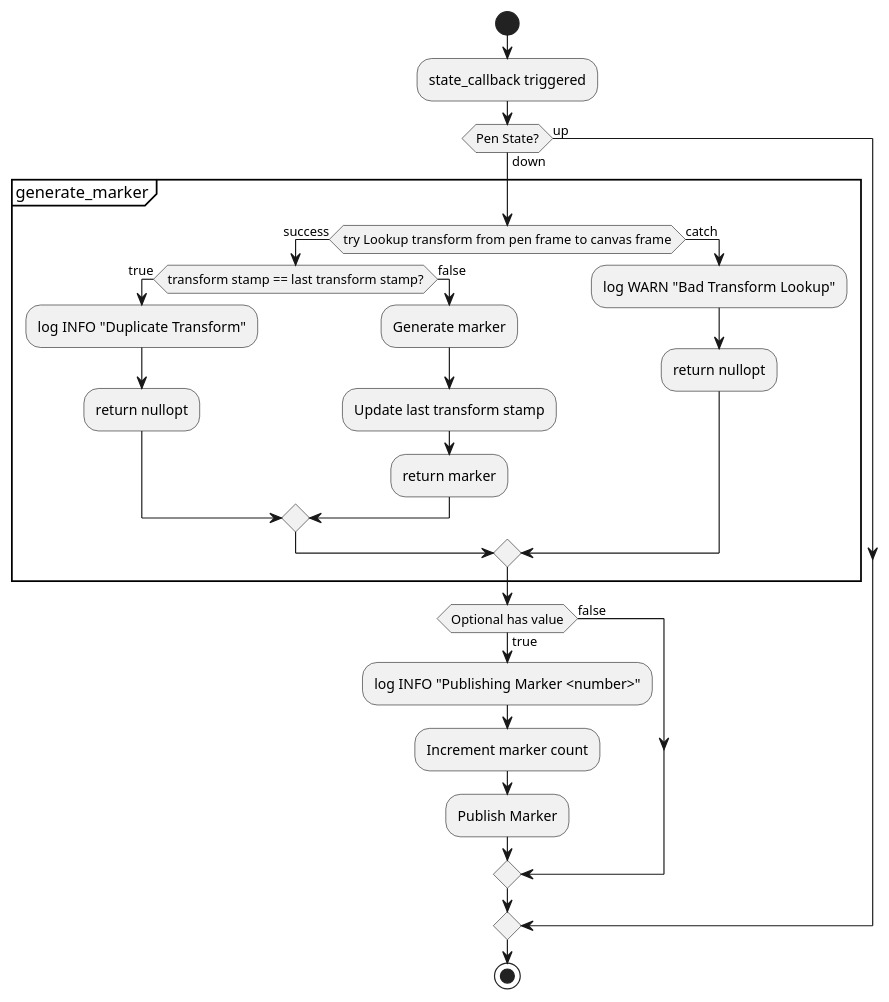
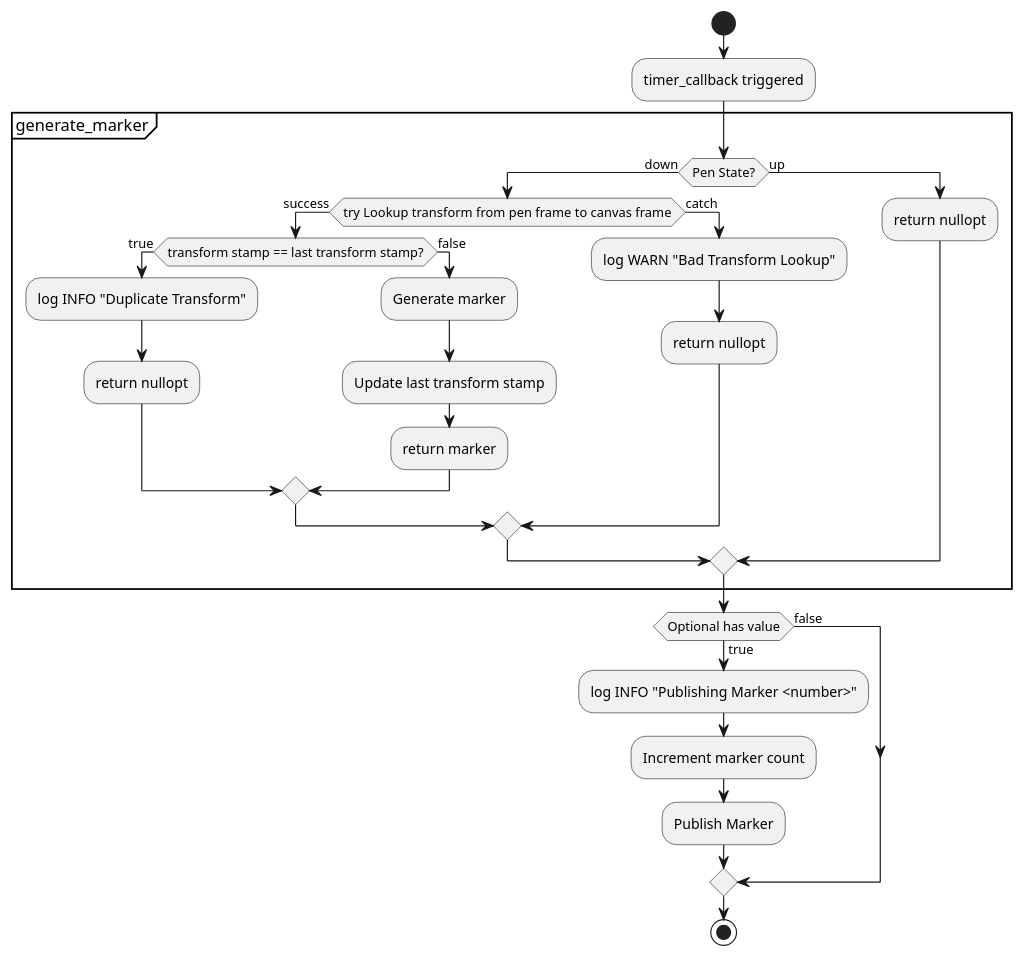
One commit to zbrotherton/RRC-RAI-ROS2 changed the second of 2 diagrams in docs/puml/pen_visualizer.puml. Above: the diagram before and after it, drawn with PlantUML. The commit also changed other lines of this file and 5 other files, not shown here.

Commit message:
Rewrite pen visualizer to use timer for updates - designed to listen to command interface instead of state interface

```diff
--- a/docs/puml/pen_visualizer.puml
+++ b/docs/puml/pen_visualizer.puml
@@ -31,29 +36,30 @@
 @startuml PenVisualizerActivity
 start
-:state_callback triggered;
-if (Pen State?) then (down)
-    partition "generate_marker" {
+:timer_callback triggered;
+partition "generate_marker" {
+    if (Pen State?) then (down)
         if (try Lookup transform from pen frame to canvas frame) then (success)
             if (transform stamp == last transform stamp?) then (true)
                 :log INFO "Duplicate Transform";
                 :return nullopt;
             else(false)
                 :Generate marker;
                 :Update last transform stamp;
                 :return marker;
             endif
         else (catch)
             :log WARN "Bad Transform Lookup";
             :return nullopt;
         endif
+        else (up)
+            :return nullopt;
+        endif
     }
     if (Optional has value) then (true)
         :log INFO "Publishing Marker <number>";
         :Increment marker count;
         :Publish Marker;
     else (false)
     endif
-else (up)
-endif
 stop
 @enduml
```
